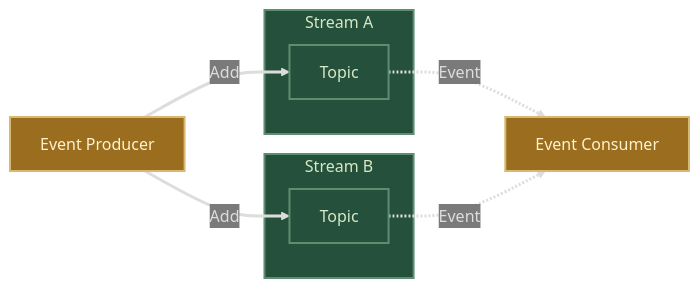
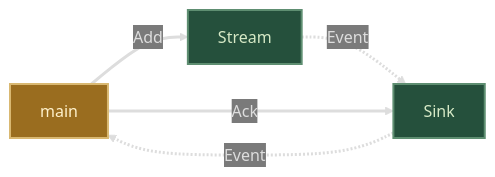
One commit to goadesign/pulse changed the third of 6 diagrams in streaming/README.md. Above: the diagram before and after it, drawn with Mermaid. The commit also changed other lines of this file and 6 other files, not shown here.

````diff
--- a/streaming/README.md
+++ b/streaming/README.md
@@ -48,27 +86,22 @@
 ```mermaid
 %%{init: {'themeVariables': { 'edgeLabelBackground': '#7A7A7A'}}}%%
 flowchart LR
-    A[Event Producer]
-    subgraph SA[Stream A]
-        TA[Topic]
-    end
-    subgraph SB[Stream B]
-        TB[Topic]
-    end
-    B[Event Consumer]
-    A-->|Add|TA
-    A-->|Add|TB
-    TA-.->|Event|B
-    TB-.->|Event|B
+    main
+    Stream
+    Sink
+    main-->|Add|Stream
+    Stream-.->|Event|Sink
+    Sink-.->|Event|main
+    main-->|Ack|Sink
 
     classDef userCode fill:#9A6D1F, stroke:#D9B871, stroke-width:2px, color:#FFF2CC;
     classDef ponos fill:#25503C, stroke:#5E8E71, stroke-width:2px, color:#D6E9C6;
 
-    class A,B userCode;
-    class SA,SB,TA,TB ponos;
+    class main userCode;
+    class Stream,Sink ponos;
 
     linkStyle 0 stroke:#DDDDDD,color:#DDDDDD,stroke-width:3px;
     linkStyle 1 stroke:#DDDDDD,color:#DDDDDD,stroke-width:3px;
     linkStyle 2 stroke:#DDDDDD,color:#DDDDDD,stroke-width:3px;
     linkStyle 3 stroke:#DDDDDD,color:#DDDDDD,stroke-width:3px;
 ```
````
